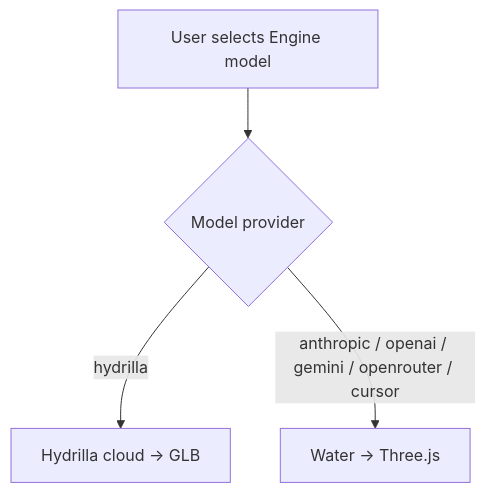
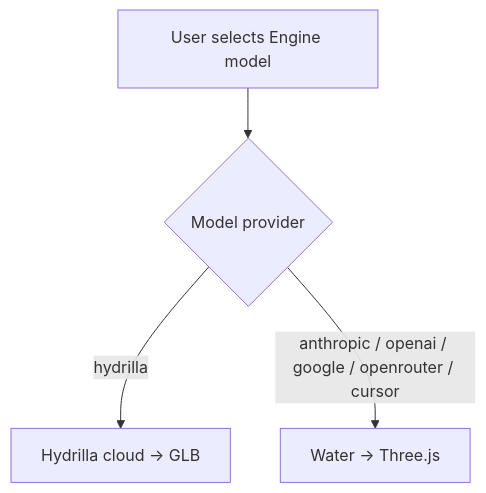
The first of 3 diagrams in docs/GENERATION_FLOWS.md (dhanushyangal/hyd-f), drawn with Mermaid before and after one commit. The commit also changed other lines of this file and 11 other files, not shown here.

````diff
--- a/docs/GENERATION_FLOWS.md
+++ b/docs/GENERATION_FLOWS.md
@@ -13,6 +13,6 @@
 ```mermaid
 flowchart TD
     A[User selects Engine model] --> B{Model provider}
     B -->|hydrilla| C[Hydrilla cloud → GLB]
-    B -->|anthropic / openai / gemini / openrouter / cursor| D[Water → Three.js]
+    B -->|anthropic / openai / google / openrouter / cursor| D[Water → Three.js]
 ```
````
